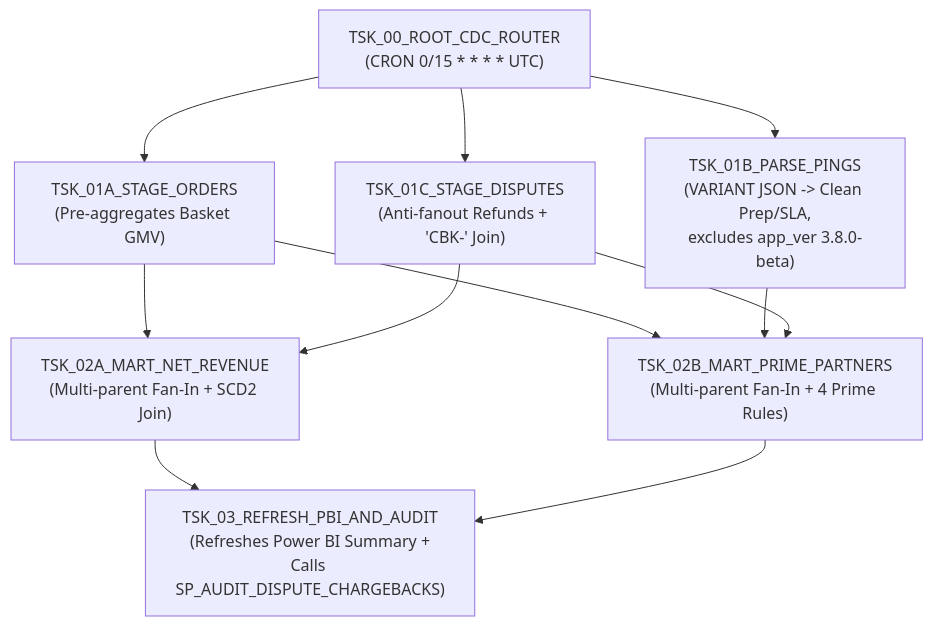
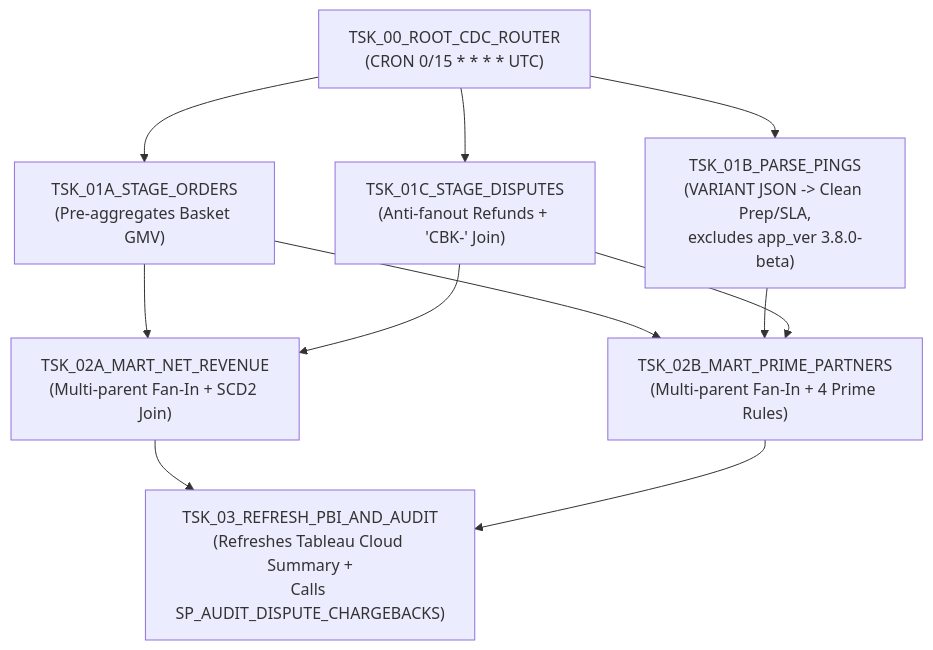
Before and after one commit to lvaracca/dcd-agentic-data-migration: the second of 2 diagrams in SPECIFICATION.md, drawn with Mermaid. The commit also changed other lines of this file and 33 other files, not shown here.

Commit message:
Switch BI layer cleanly to Tableau Cloud and align 5-act agent skills

````diff
--- a/SPECIFICATION.md
+++ b/SPECIFICATION.md
@@ -143,15 +143,15 @@
 ```mermaid
 flowchart TD
     T0["TSK_00_ROOT_CDC_ROUTER\n(CRON 0/15 * * * * UTC)"]
     T1A["TSK_01A_STAGE_ORDERS\n(Pre-aggregates Basket GMV)"]
     T1B["TSK_01B_PARSE_PINGS\n(VARIANT JSON -> Clean Prep/SLA,\nexcludes app_ver 3.8.0-beta)"]
     T1C["TSK_01C_STAGE_DISPUTES\n(Anti-fanout Refunds + 'CBK-' Join)"]
     T2A["TSK_02A_MART_NET_REVENUE\n(Multi-parent Fan-In + SCD2 Join)"]
     T2B["TSK_02B_MART_PRIME_PARTNERS\n(Multi-parent Fan-In + 4 Prime Rules)"]
-    T3["TSK_03_REFRESH_PBI_AND_AUDIT\n(Refreshes Power BI Summary +\nCalls SP_AUDIT_DISPUTE_CHARGEBACKS)"]
+    T3["TSK_03_REFRESH_PBI_AND_AUDIT\n(Refreshes Tableau Cloud Summary +\nCalls SP_AUDIT_DISPUTE_CHARGEBACKS)"]
 
     T0 --> T1A & T1B & T1C
     T1A & T1C --> T2A
     T1A & T1B & T1C --> T2B
     T2A & T2B --> T3
 ```
````
